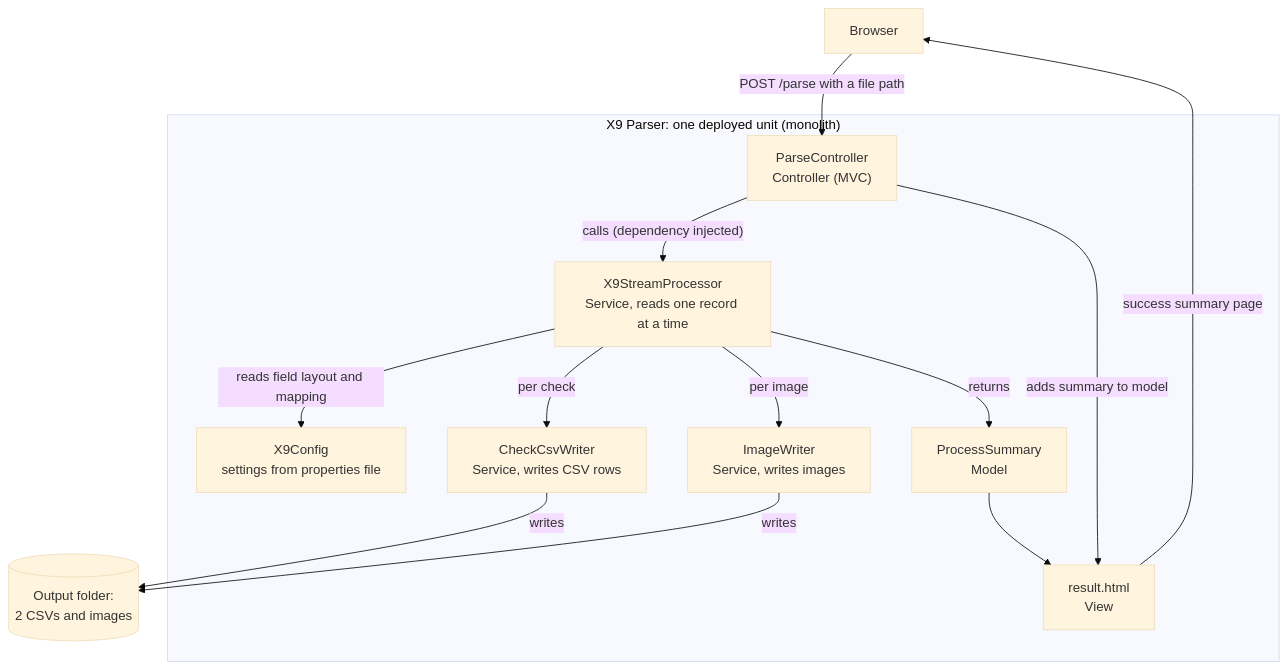
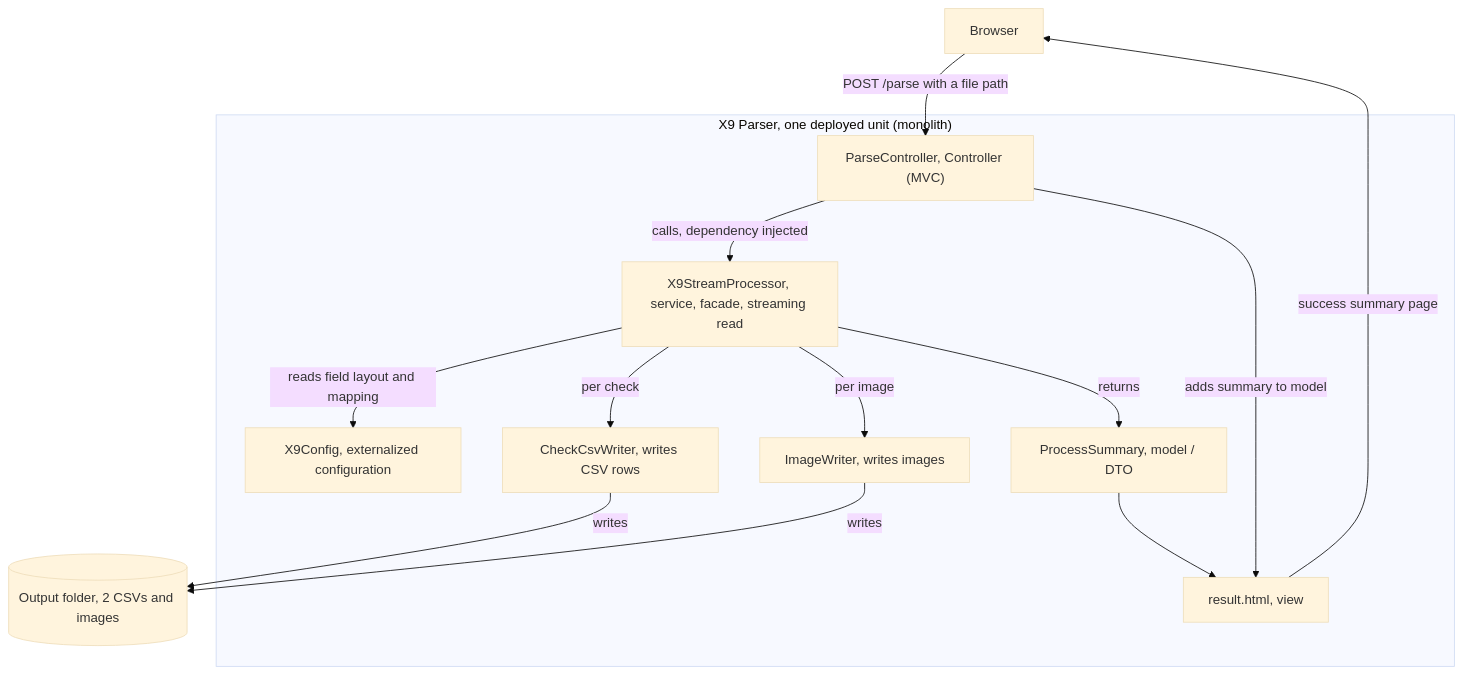
One commit to Akarsh-Doki/x9-parser changed the diagram in PATTERNS.md. Above: the diagram before and after it, drawn with Mermaid (base theme). The commit also changed other lines of this file, not shown here.

````diff
--- a/PATTERNS.md
+++ b/PATTERNS.md
@@ -62,28 +165,26 @@
 ```mermaid
 flowchart TD
     browser["Browser"]
-
-    subgraph app["X9 Parser: one deployed unit (monolith)"]
-        controller["ParseController<br/>Controller (MVC)"]
-        config["X9Config<br/>settings from properties file"]
-        processor["X9StreamProcessor<br/>Service, reads one record at a time"]
-        csv["CheckCsvWriter<br/>Service, writes CSV rows"]
-        img["ImageWriter<br/>Service, writes images"]
-        summary["ProcessSummary<br/>Model"]
-        view["result.html<br/>View"]
+    subgraph app["X9 Parser, one deployed unit (monolith)"]
+        controller["ParseController, Controller (MVC)"]
+        config["X9Config, externalized configuration"]
+        processor["X9StreamProcessor, service, facade, streaming read"]
+        csv["CheckCsvWriter, writes CSV rows"]
+        img["ImageWriter, writes images"]
+        summary["ProcessSummary, model / DTO"]
+        view["result.html, view"]
     end
-
-    disk[("Output folder:<br/>2 CSVs and images")]
+    disk[("Output folder, 2 CSVs and images")]
 
     browser -->|"POST /parse with a file path"| controller
-    controller -->|"calls (dependency injected)"| processor
+    controller -->|"calls, dependency injected"| processor
     processor -->|"reads field layout and mapping"| config
     processor -->|"per check"| csv
     processor -->|"per image"| img
     csv -->|"writes"| disk
     img -->|"writes"| disk
     processor -->|"returns"| summary
     summary --> view
     controller -->|"adds summary to model"| view
     view -->|"success summary page"| browser
 ```
````
